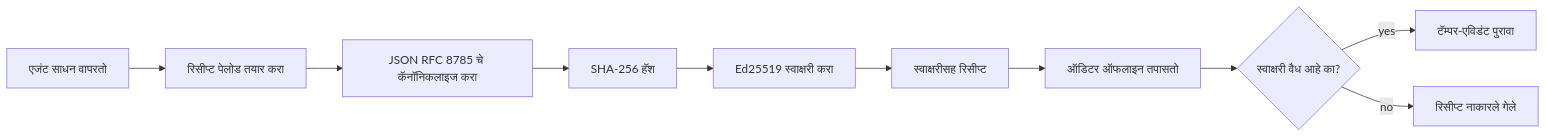
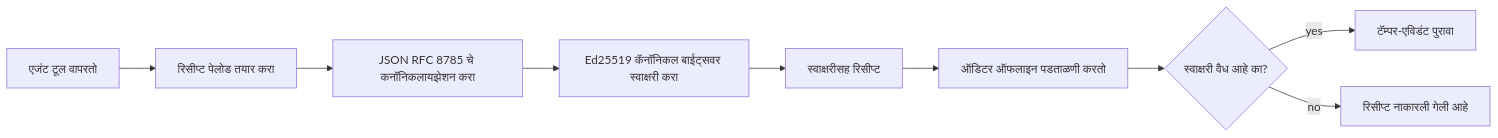
One commit to gabrielmoreira/agent-skills-mirror changed the first of 2 diagrams in mirrors/repos/microsoft@ai-agents-for-beginners/translations/mr/18-securing-ai-agents/README.md. Above: the diagram before and after it, drawn with Mermaid. The commit also changed other lines of this file and 4262 other files, not shown here.

````diff
--- a/mirrors/repos/microsoft@ai-agents-for-beginners/translations/mr/18-securing-ai-agents/README.md
+++ b/mirrors/repos/microsoft@ai-agents-for-beginners/translations/mr/18-securing-ai-agents/README.md
@@ -51,12 +51,11 @@
 ```mermaid
 flowchart LR
-    A[एजंट साधन वापरतो] --> B[रिसीप्ट पेलोड तयार करा]
-    B --> C[JSON RFC 8785 चे कॅनॉनिकलाइज करा]
-    C --> D[SHA-256 हॅश]
-    D --> E[Ed25519 स्वाक्षरी करा]
+    A[एजंट टूल वापरतो] --> B[रिसीप्ट पेलोड तयार करा]
+    B --> C[JSON RFC 8785 चे कनॉनिकलायझेशन करा]
+    C --> E[Ed25519 कॅनॉनिकल बाईट्सवर स्वाक्षरी करा]
     E --> F[स्वाक्षरीसह रिसीप्ट]
-    F --> G[ऑडिटर ऑफलाइन तपासतो]
+    F --> G[ऑडिटर ऑफलाइन पडताळणी करतो]
     G --> H{स्वाक्षरी वैध आहे का?}
     H -- yes --> I[टॅम्पर-एविडंट पुरावा]
-    H -- no --> J[रिसीप्ट नाकारले गेले]
+    H -- no --> J[रिसीप्ट नाकारली गेली आहे]
 ```
````
